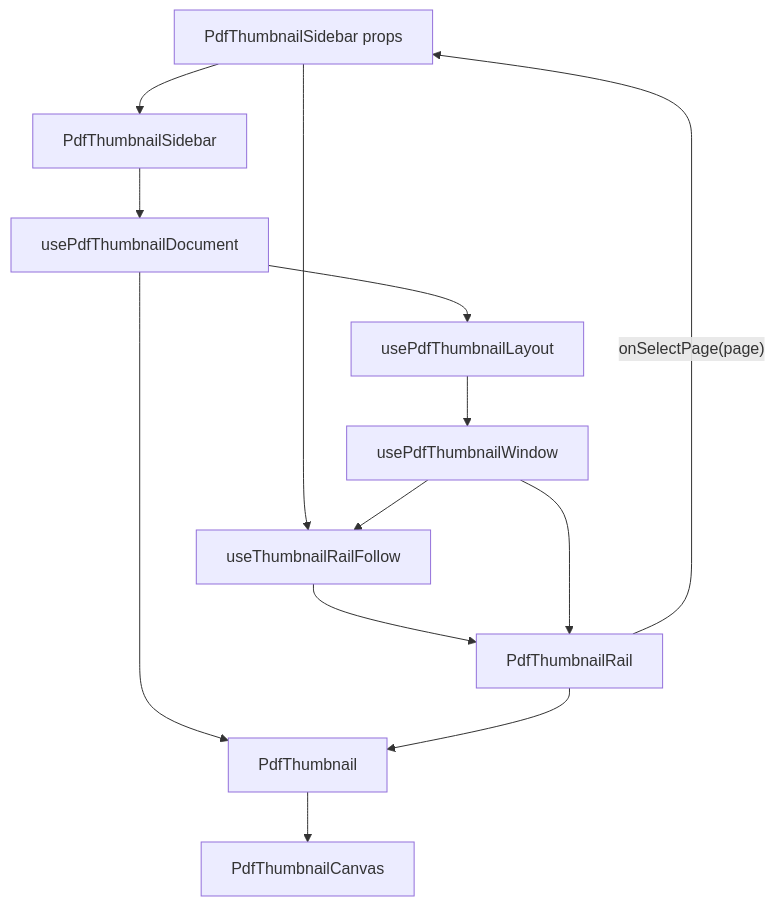
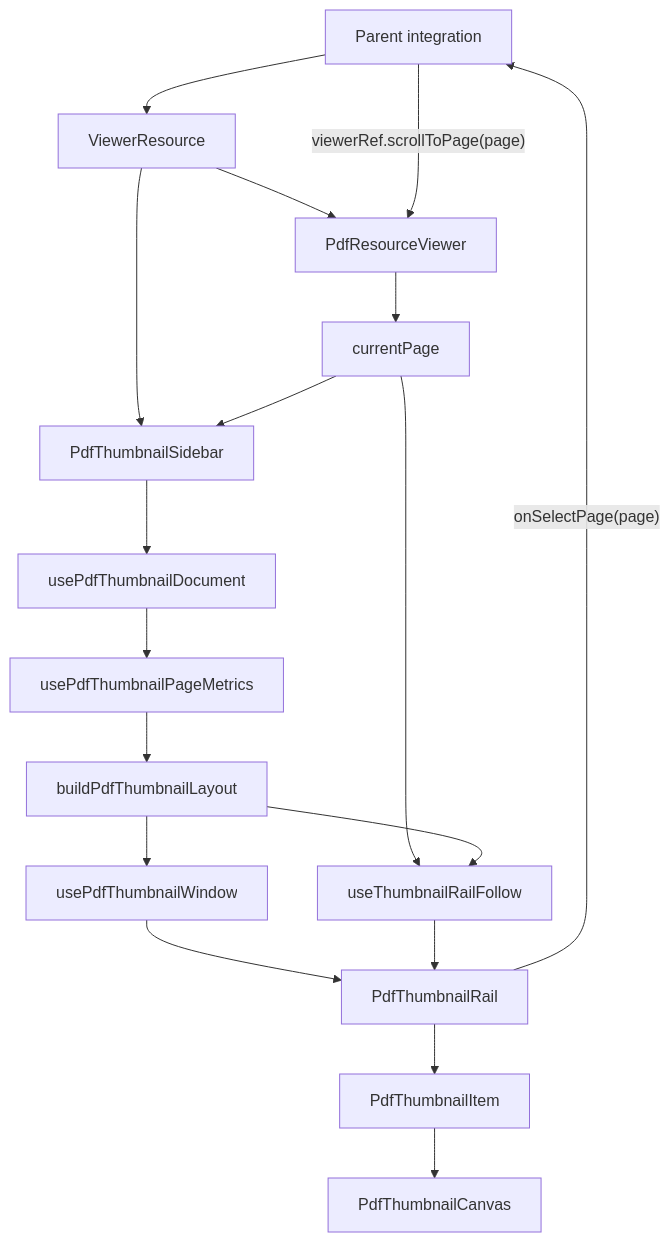
Before and after one commit to retab-dev/retab-ui: the diagram in design/pdf-thumbnail-sidebar-platonic-blueprint.md, drawn with Mermaid. The commit also changed other lines of this file and 152 other files, not shown here.

````diff
--- a/design/pdf-thumbnail-sidebar-platonic-blueprint.md
+++ b/design/pdf-thumbnail-sidebar-platonic-blueprint.md
@@ -76,15 +46,20 @@
 ```mermaid
 flowchart TD
-  props["PdfThumbnailSidebar props"] --> shell["PdfThumbnailSidebar"]
-  shell --> resource["usePdfThumbnailDocument"]
-  resource --> layout["usePdfThumbnailLayout"]
-  layout --> virtualWindow["usePdfThumbnailWindow"]
-  props --> follow["useThumbnailRailFollow"]
-  virtualWindow --> follow
-  follow --> rail["PdfThumbnailRail"]
-  virtualWindow --> rail
-  resource --> thumb["PdfThumbnail"]
-  rail --> thumb
-  thumb --> canvas["PdfThumbnailCanvas"]
-  rail -->|"onSelectPage(page)"| props
+  parent["Parent integration"] --> resource["ViewerResource"]
+  resource --> viewer["PdfResourceViewer"]
+  resource --> sidebar["PdfThumbnailSidebar"]
+  viewer --> current["currentPage"]
+  current --> sidebar
+  sidebar --> doc["usePdfThumbnailDocument"]
+  doc --> metrics["usePdfThumbnailPageMetrics"]
+  metrics --> layout["buildPdfThumbnailLayout"]
+  layout --> window["usePdfThumbnailWindow"]
+  current --> follow["useThumbnailRailFollow"]
+  layout --> follow
+  window --> rail["PdfThumbnailRail"]
+  follow --> rail
+  rail --> item["PdfThumbnailItem"]
+  item --> canvas["PdfThumbnailCanvas"]
+  rail -->|"onSelectPage(page)"| parent
+  parent -->|"viewerRef.scrollToPage(page)"| viewer
 ```
````
